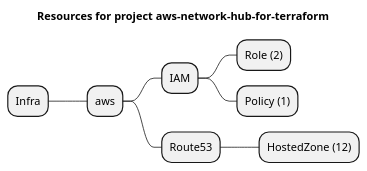
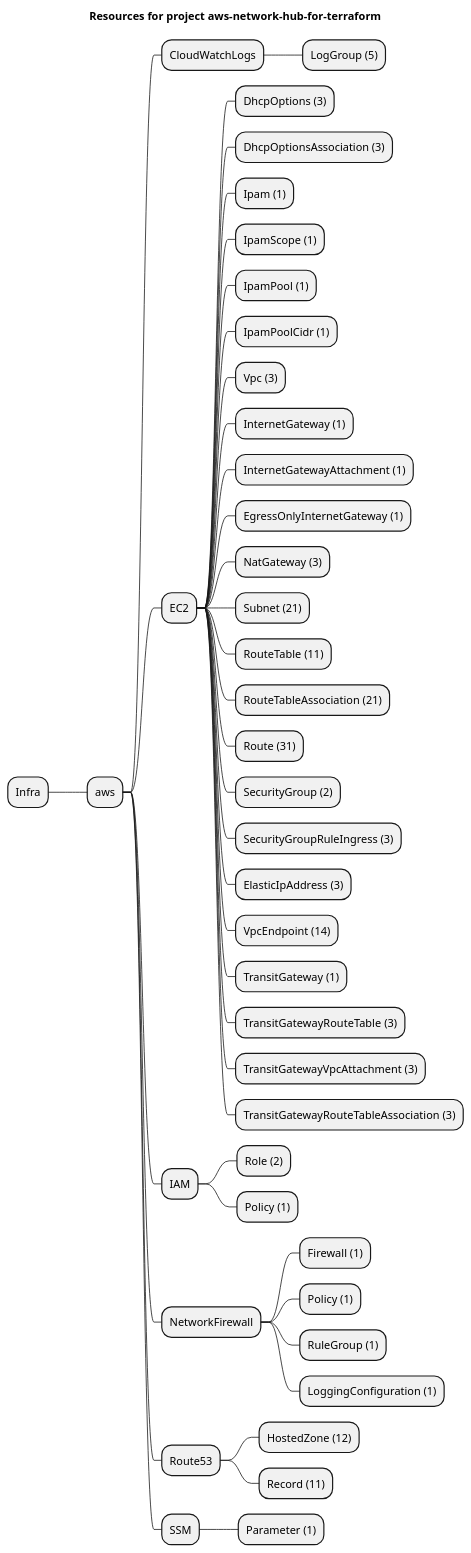
Before and after one commit to grucloud/grucloud: the diagram in examples/aws/aws-samples/aws-network-hub-for-terraform/artifacts/resources-mindmap.puml, drawn with PlantUML. The commit also changed 21 other files, not shown here.

Commit message:
add route53 record for vpc endpoint

```diff
--- a/examples/aws/aws-samples/aws-network-hub-for-terraform/artifacts/resources-mindmap.puml
+++ b/examples/aws/aws-samples/aws-network-hub-for-terraform/artifacts/resources-mindmap.puml
@@ -1,11 +1,45 @@
 @startmindmap
 title Resources for project aws-network-hub-for-terraform
 skinparam monochrome true
 + Infra
 ++ aws
++++ CloudWatchLogs
+++++ LogGroup (5)
++++ EC2
+++++ DhcpOptions (3)
+++++ DhcpOptionsAssociation (3)
+++++ Ipam (1)
+++++ IpamScope (1)
+++++ IpamPool (1)
+++++ IpamPoolCidr (1)
+++++ Vpc (3)
+++++ InternetGateway (1)
+++++ InternetGatewayAttachment (1)
+++++ EgressOnlyInternetGateway (1)
+++++ NatGateway (3)
+++++ Subnet (21)
+++++ RouteTable (11)
+++++ RouteTableAssociation (21)
+++++ Route (31)
+++++ SecurityGroup (2)
+++++ SecurityGroupRuleIngress (3)
+++++ ElasticIpAddress (3)
+++++ VpcEndpoint (14)
+++++ TransitGateway (1)
+++++ TransitGatewayRouteTable (3)
+++++ TransitGatewayVpcAttachment (3)
+++++ TransitGatewayRouteTableAssociation (3)
 +++ IAM
 ++++ Role (2)
 ++++ Policy (1)
++++ NetworkFirewall
+++++ Firewall (1)
+++++ Policy (1)
+++++ RuleGroup (1)
+++++ LoggingConfiguration (1)
 +++ Route53
 ++++ HostedZone (12)
+++++ Record (11)
++++ SSM
+++++ Parameter (1)
 @endmindmap
```
